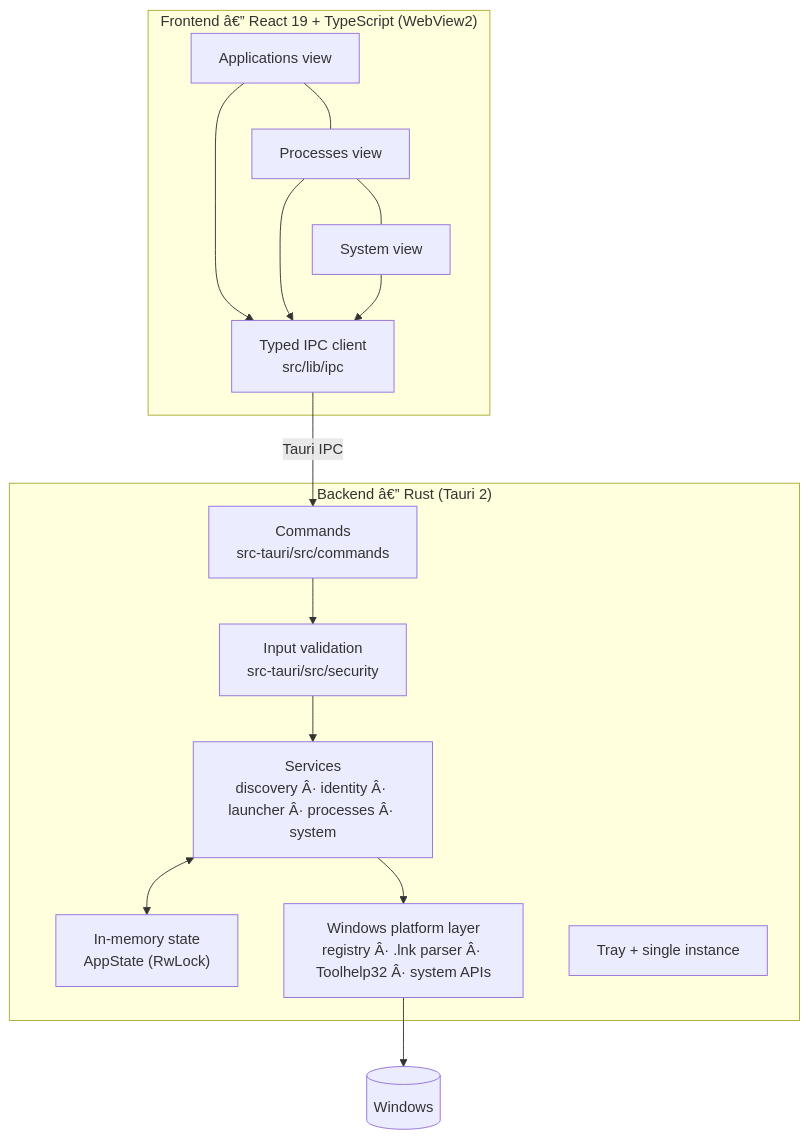
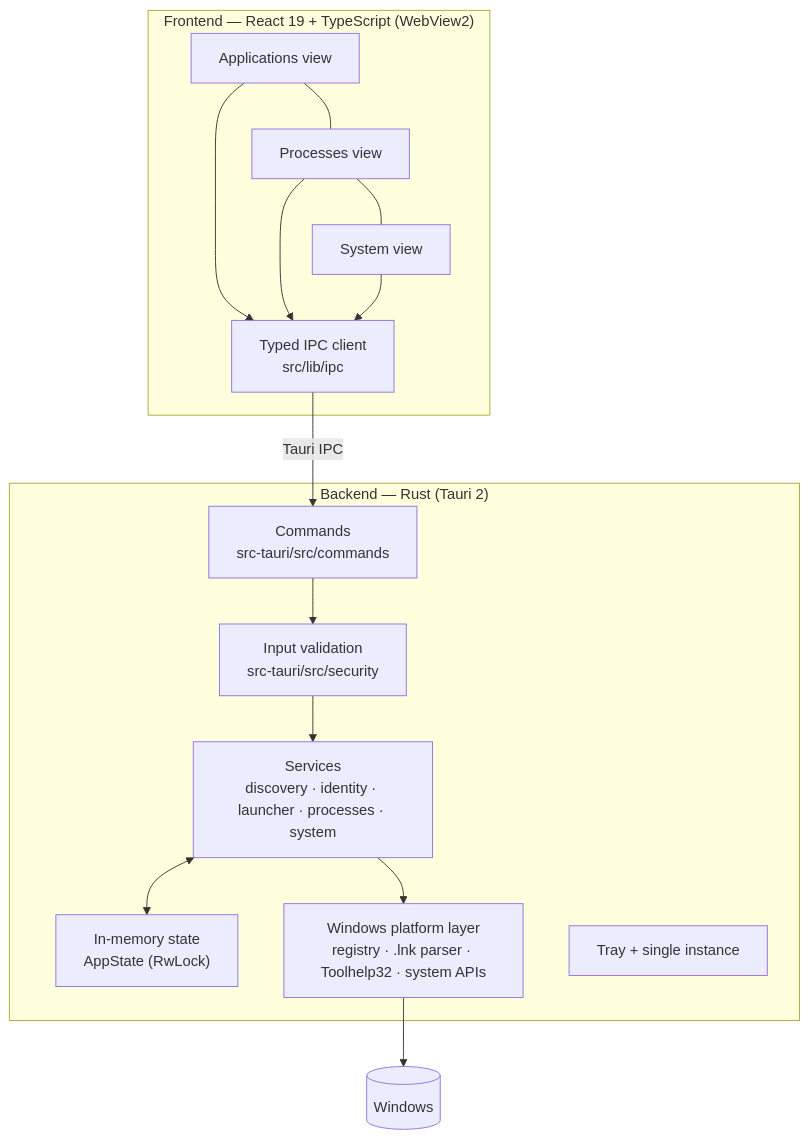
One commit to youssefmanssouri/deskpilot- changed the diagram in README.md. Above: the diagram before and after it, drawn with Mermaid. The commit also changed other lines of this file and 1 other file, not shown here.

````diff
--- a/README.md
+++ b/README.md
@@ -326,19 +326,19 @@
 ```mermaid
 flowchart TB
-    subgraph UI["Frontend â€” React 19 + TypeScript (WebView2)"]
+    subgraph UI["Frontend — React 19 + TypeScript (WebView2)"]
         A[Applications view] --- P[Processes view] --- S[System view]
         IPC["Typed IPC client<br/>src/lib/ipc"]
     end
-    subgraph Core["Backend â€” Rust (Tauri 2)"]
+    subgraph Core["Backend — Rust (Tauri 2)"]
         C["Commands<br/>src-tauri/src/commands"]
         G["Input validation<br/>src-tauri/src/security"]
-        D["Services<br/>discovery Â· identity Â· launcher Â· processes Â· system"]
+        D["Services<br/>discovery · identity · launcher · processes · system"]
         ST["In-memory state<br/>AppState (RwLock)"]
-        W["Windows platform layer<br/>registry Â· .lnk parser Â· Toolhelp32 Â· system APIs"]
+        W["Windows platform layer<br/>registry · .lnk parser · Toolhelp32 · system APIs"]
         T["Tray + single instance"]
     end
     OS[(Windows)]
     A & P & S --> IPC -->|Tauri IPC| C --> G --> D
     D <--> ST
     D --> W --> OS
 ```
````
